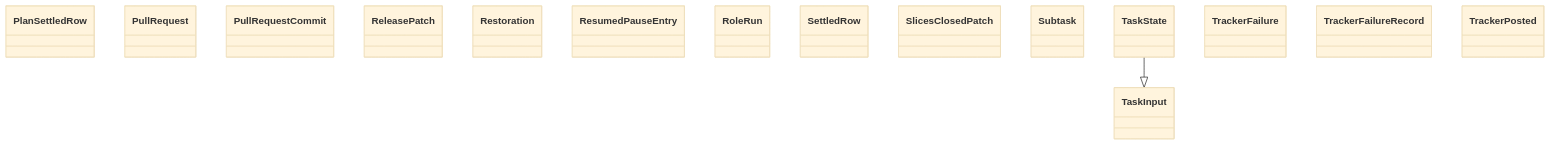
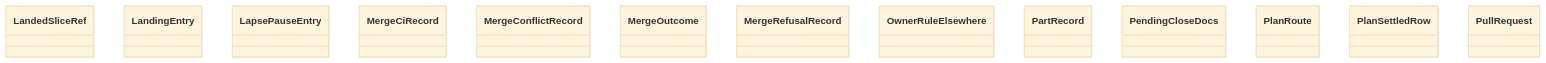
One commit to GonzaloZevallos/agentic-system changed the diagram in docs/architecture/generated/classes-process-domain-state-5.md. Above: the diagram before and after it, drawn with Mermaid (base theme). The commit also changed other lines of this file and 31 other files, not shown here.

First line of the commit message:
Add the instant and check-run fields to the task contract and stamp pause entries from rules

````diff
--- a/docs/architecture/generated/classes-process-domain-state-5.md
+++ b/docs/architecture/generated/classes-process-domain-state-5.md
@@ -22,19 +23,16 @@
 ```mermaid
 classDiagram
+    class task__LandedSliceRef["LandedSliceRef"]
+    class task__LandingEntry["LandingEntry"]
+    class task__LapsePauseEntry["LapsePauseEntry"]
+    class task__MergeCiRecord["MergeCiRecord"]
+    class task__MergeConflictRecord["MergeConflictRecord"]
+    class task__MergeOutcome["MergeOutcome"]
+    class task__MergeRefusalRecord["MergeRefusalRecord"]
+    class task__OwnerRuleElsewhere["OwnerRuleElsewhere"]
+    class task__PartRecord["PartRecord"]
+    class task__PendingCloseDocs["PendingCloseDocs"]
+    class task__PlanRoute["PlanRoute"]
     class task__PlanSettledRow["PlanSettledRow"]
     class task__PullRequest["PullRequest"]
-    class task__PullRequestCommit["PullRequestCommit"]
-    class task__ReleasePatch["ReleasePatch"]
-    class task__Restoration["Restoration"]
-    class task__ResumedPauseEntry["ResumedPauseEntry"]
-    class task__RoleRun["RoleRun"]
-    class task__SettledRow["SettledRow"]
-    class task__SlicesClosedPatch["SlicesClosedPatch"]
-    class task__Subtask["Subtask"]
-    class task__TaskInput["TaskInput"]
-    class task__TaskState["TaskState"]
-    class task__TrackerFailure["TrackerFailure"]
-    class task__TrackerFailureRecord["TrackerFailureRecord"]
-    class task__TrackerPosted["TrackerPosted"]
-    task__TaskState --|> task__TaskInput
 ```
````
